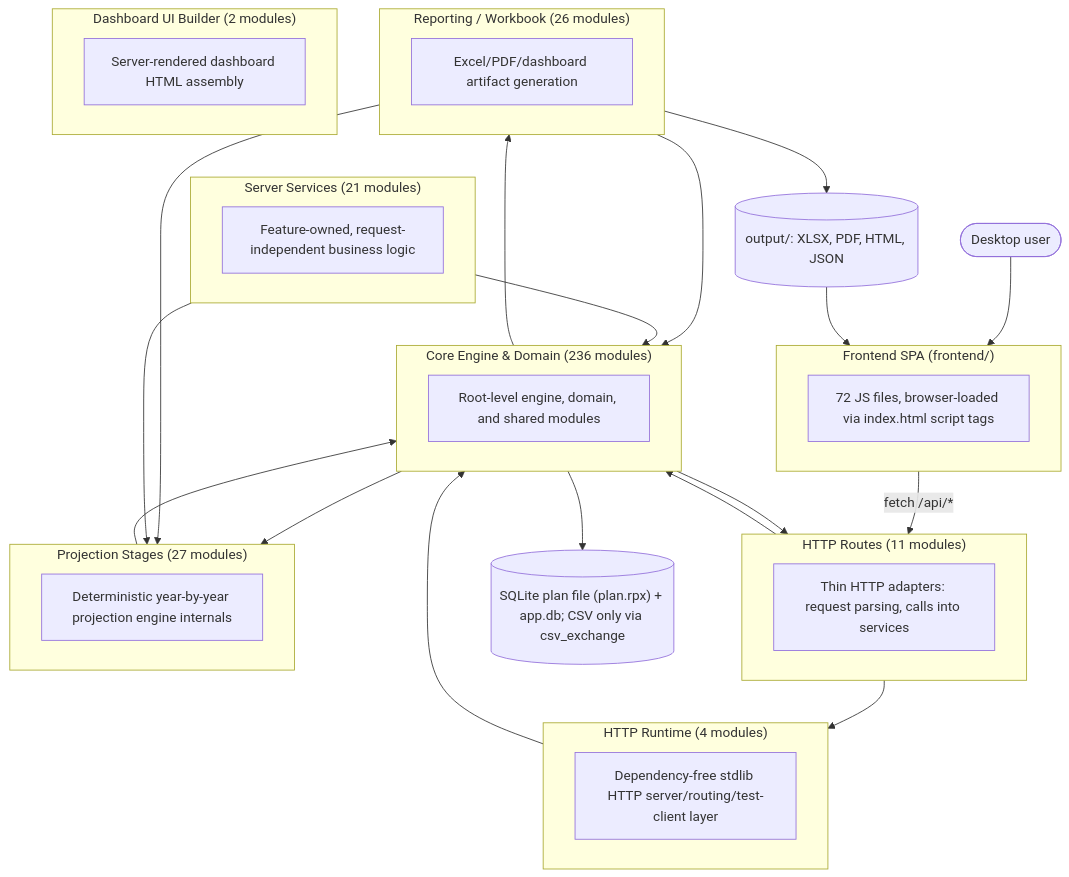
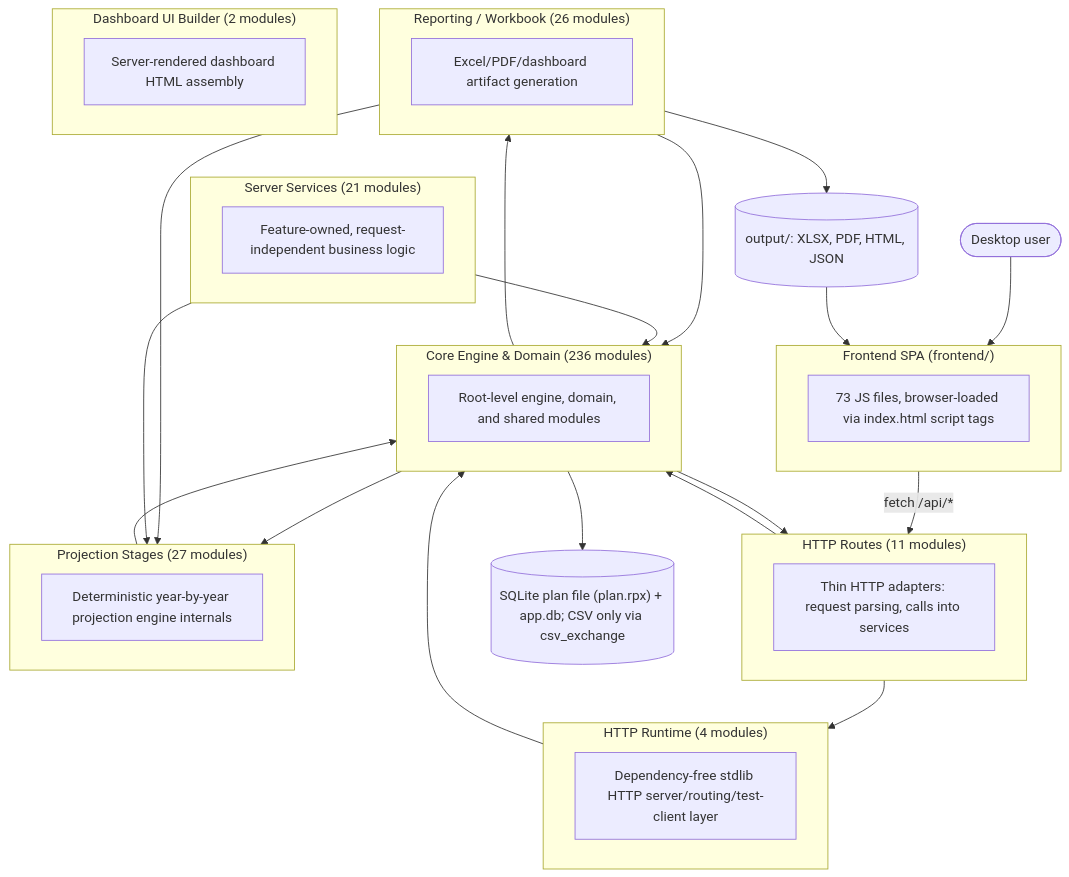
One commit to matthartzman/retirement_system changed the first of 2 diagrams in documentation/reference/SYSTEM_ARCHITECTURE_DIAGRAM.md. Above: the diagram before and after it, drawn with Mermaid. The commit also changed other lines of this file and 6 other files, not shown here.

````diff
--- a/documentation/reference/SYSTEM_ARCHITECTURE_DIAGRAM.md
+++ b/documentation/reference/SYSTEM_ARCHITECTURE_DIAGRAM.md
@@ -11,43 +11,43 @@
 ```mermaid
 flowchart TB
     User(["Desktop user"]) --> FE
     subgraph FE["Frontend SPA (frontend/)"]
-        FEcount["72 JS files, browser-loaded via index.html script tags"]
+        FEcount["73 JS files, browser-loaded via index.html script tags"]
     end
     FE -->|fetch /api/*| L_HTTP_Routes
     subgraph L_HTTP_Routes["HTTP Routes (11 modules)"]
         L_HTTP_Routes_d["Thin HTTP adapters: request parsing, calls into services"]
     end
     subgraph L_Server_Services["Server Services (21 modules)"]
         L_Server_Services_d["Feature-owned, request-independent business logic"]
     end
     subgraph L_HTTP_Runtime["HTTP Runtime (4 modules)"]
         L_HTTP_Runtime_d["Dependency-free stdlib HTTP server/routing/test-client layer"]
     end
     subgraph L_Core_Engine___Domain["Core Engine & Domain (236 modules)"]
         L_Core_Engine___Domain_d["Root-level engine, domain, and shared modules"]
     end
     subgraph L_Projection_Stages["Projection Stages (27 modules)"]
         L_Projection_Stages_d["Deterministic year-by-year projection engine internals"]
     end
     subgraph L_Reporting___Workbook["Reporting / Workbook (26 modules)"]
         L_Reporting___Workbook_d["Excel/PDF/dashboard artifact generation"]
     end
     subgraph L_Dashboard_UI_Builder["Dashboard UI Builder (2 modules)"]
         L_Dashboard_UI_Builder_d["Server-rendered dashboard HTML assembly"]
     end
     L_Core_Engine___Domain --> L_HTTP_Routes
     L_Core_Engine___Domain --> L_Projection_Stages
     L_Core_Engine___Domain --> L_Reporting___Workbook
     L_HTTP_Routes --> L_Core_Engine___Domain
     L_HTTP_Routes --> L_HTTP_Runtime
     L_HTTP_Runtime --> L_Core_Engine___Domain
     L_Projection_Stages --> L_Core_Engine___Domain
     L_Reporting___Workbook --> L_Core_Engine___Domain
     L_Reporting___Workbook --> L_Projection_Stages
     L_Server_Services --> L_Core_Engine___Domain
     L_Server_Services --> L_Projection_Stages
     L_Core_Engine___Domain --> DB[("SQLite plan file (plan.rpx) + app.db; CSV only via csv_exchange")]
     L_Reporting___Workbook --> Outputs[("output/: XLSX, PDF, HTML, JSON")]
     Outputs --> FE
 ```
````
